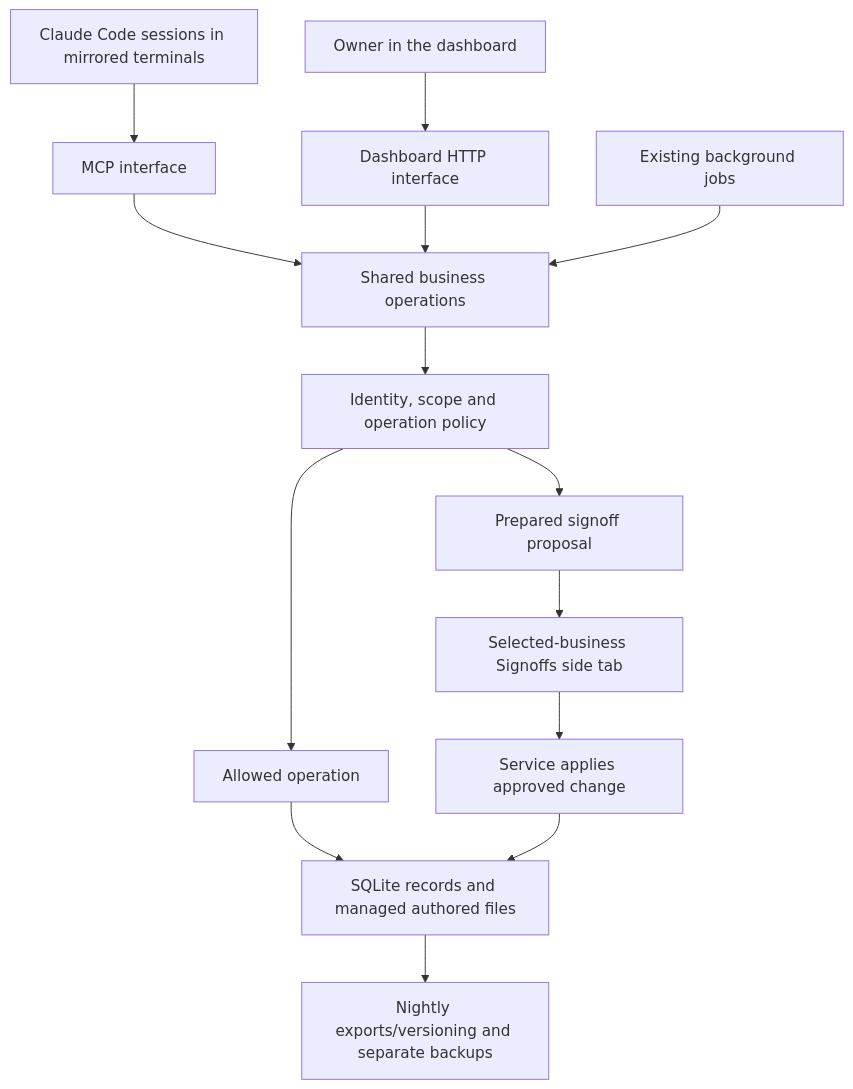
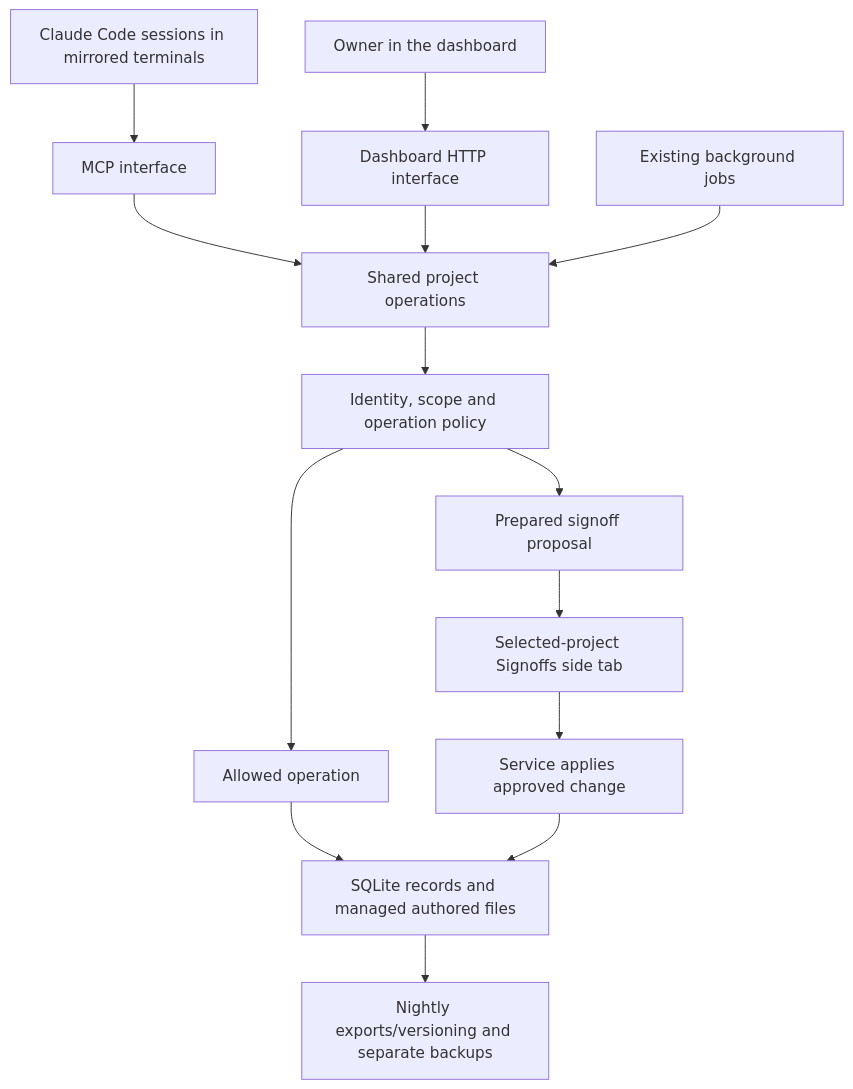
The diagram in qorqut-code/docs/agent-platform/01-ARCHITECTURE.md (49-Agents/qorqbot), drawn with Mermaid before and after one commit. The commit also changed other lines of this file and 1153 other files, not shown here.

````diff
--- a/qorqut-code/docs/agent-platform/01-ARCHITECTURE.md
+++ b/qorqut-code/docs/agent-platform/01-ARCHITECTURE.md
@@ -11,16 +11,16 @@
 ```mermaid
 flowchart TB
     Claude[Claude Code sessions in mirrored terminals] --> MCP[MCP interface]
     Owner[Owner in the dashboard] --> HTTP[Dashboard HTTP interface]
-    MCP --> Operations[Shared business operations]
+    MCP --> Operations[Shared project operations]
     HTTP --> Operations
     Jobs[Existing background jobs] --> Operations
     Operations --> Policy[Identity, scope and operation policy]
     Policy --> Direct[Allowed operation]
     Policy --> Pending[Prepared signoff proposal]
-    Pending --> Review[Selected-business Signoffs side tab]
+    Pending --> Review[Selected-project Signoffs side tab]
     Review --> Apply[Service applies approved change]
     Direct --> Storage[SQLite records and managed authored files]
     Apply --> Storage
     Storage --> Versions[Nightly exports/versioning and separate backups]
 ```
````
